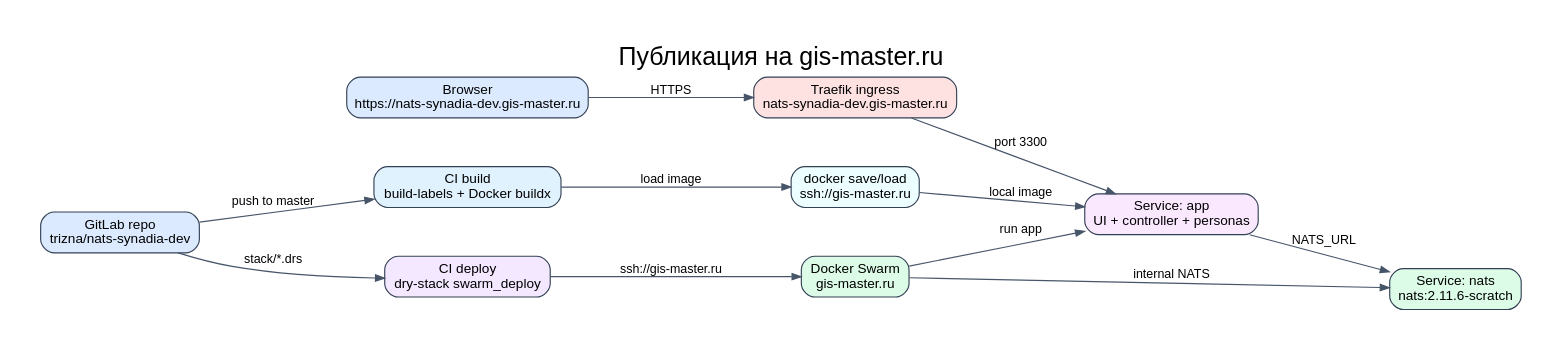
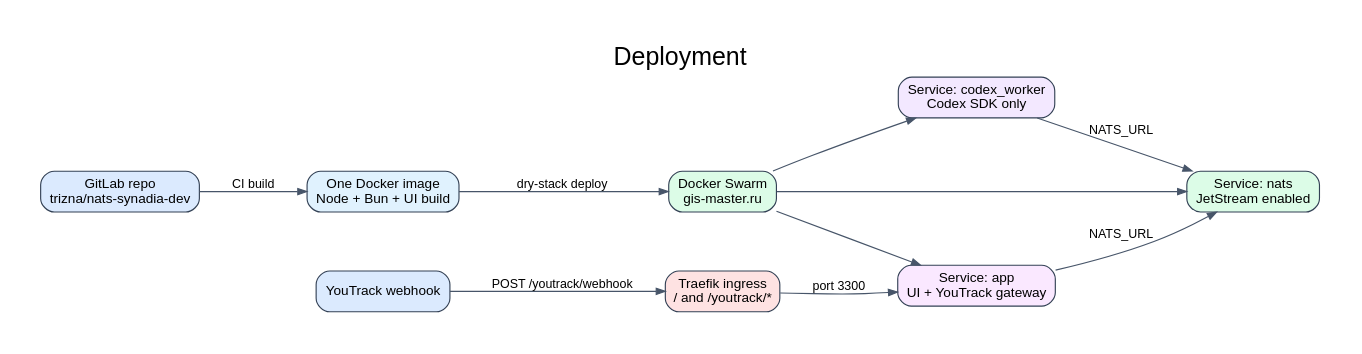
The diagram in docs/diagrams/deployment.dot (komaroffsergei/nats-synadia-dev), drawn with Graphviz before and after one commit. The commit also changed 55 other files, not shown here.

First line of the commit message:
feat: route YouTrack webhooks through Codex worker

```diff
--- a/docs/diagrams/deployment.dot
+++ b/docs/diagrams/deployment.dot
@@ -1,50 +1,24 @@
 digraph G {
-  graph [
-    rankdir=LR,
-    bgcolor="white",
-    pad="0.4",
-    nodesep="0.6",
-    ranksep="0.8",
-    fontname="Arial",
-    label="Публикация на gis-master.ru",
-    labelloc="t",
-    fontsize=22
-  ];
-
-  node [
-    shape=box,
-    style="rounded,filled",
-    fontname="Arial",
-    fontsize=12,
-    color="#334155",
-    fillcolor="#f8fafc"
-  ];
-
-  edge [
-    fontname="Arial",
-    fontsize=11,
-    color="#475569",
-    arrowsize=0.8
-  ];
+  graph [rankdir=LR, bgcolor="white", pad="0.4", nodesep="0.6", ranksep="0.8", fontname="Arial", label="Deployment", labelloc="t", fontsize=22];
+  node [shape=box, style="rounded,filled", fontname="Arial", fontsize=12, color="#334155", fillcolor="#f8fafc"];
+  edge [fontname="Arial", fontsize=11, color="#475569", arrowsize=0.8];
 
   repo [label="GitLab repo\ntrizna/nats-synadia-dev", fillcolor="#dbeafe"];
-  build [label="CI build\nbuild-labels + Docker buildx", fillcolor="#e0f2fe"];
-  registry [label="docker save/load\nssh://gis-master.ru", fillcolor="#ecfeff"];
-  deploy [label="CI deploy\ndry-stack swarm_deploy", fillcolor="#f3e8ff"];
+  image [label="One Docker image\nNode + Bun + UI build", fillcolor="#e0f2fe"];
   swarm [label="Docker Swarm\ngis-master.ru", fillcolor="#dcfce7"];
-  nats [label="Service: nats\nnats:2.11.6-scratch", fillcolor="#dcfce7"];
-  app [label="Service: app\nUI + controller + personas", fillcolor="#fae8ff"];
-  traefik [label="Traefik ingress\nnats-synadia-dev.gis-master.ru", fillcolor="#fee2e2"];
-  user [label="Browser\nhttps://nats-synadia-dev.gis-master.ru", fillcolor="#dbeafe"];
+  nats [label="Service: nats\nJetStream enabled", fillcolor="#dcfce7"];
+  app [label="Service: app\nUI + YouTrack gateway", fillcolor="#fae8ff"];
+  worker [label="Service: codex_worker\nCodex SDK only", fillcolor="#f3e8ff"];
+  traefik [label="Traefik ingress\n/ and /youtrack/*", fillcolor="#fee2e2"];
+  youtrack [label="YouTrack webhook", fillcolor="#dbeafe"];
 
-  repo -> build [label="push to master"];
-  build -> registry [label="load image"];
-  repo -> deploy [label="stack/*.drs"];
-  deploy -> swarm [label="ssh://gis-master.ru"];
-  registry -> app [label="local image"];
-  swarm -> nats [label="internal NATS"];
-  swarm -> app [label="run app"];
+  repo -> image [label="CI build"];
+  image -> swarm [label="dry-stack deploy"];
+  swarm -> nats;
+  swarm -> app;
+  swarm -> worker;
   app -> nats [label="NATS_URL"];
+  worker -> nats [label="NATS_URL"];
   traefik -> app [label="port 3300"];
-  user -> traefik [label="HTTPS"];
+  youtrack -> traefik [label="POST /youtrack/webhook"];
 }
```
